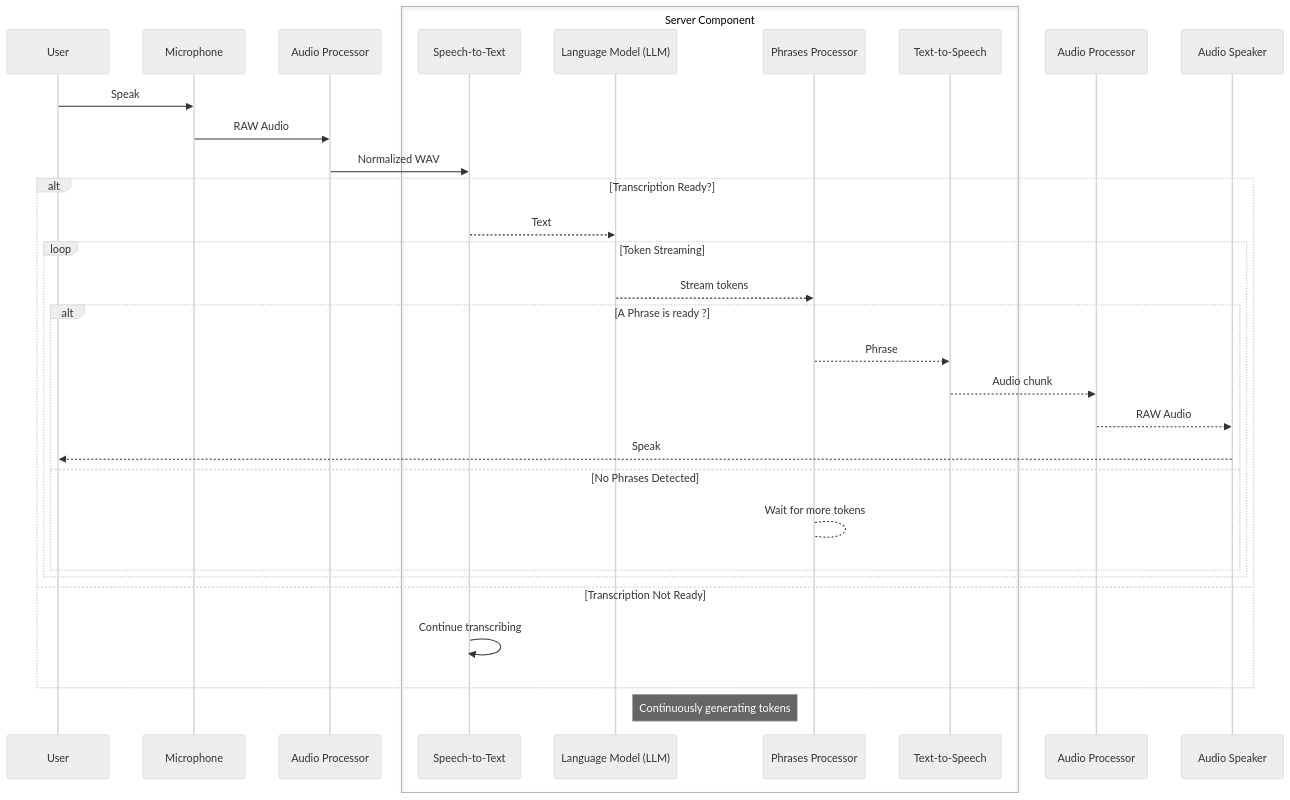
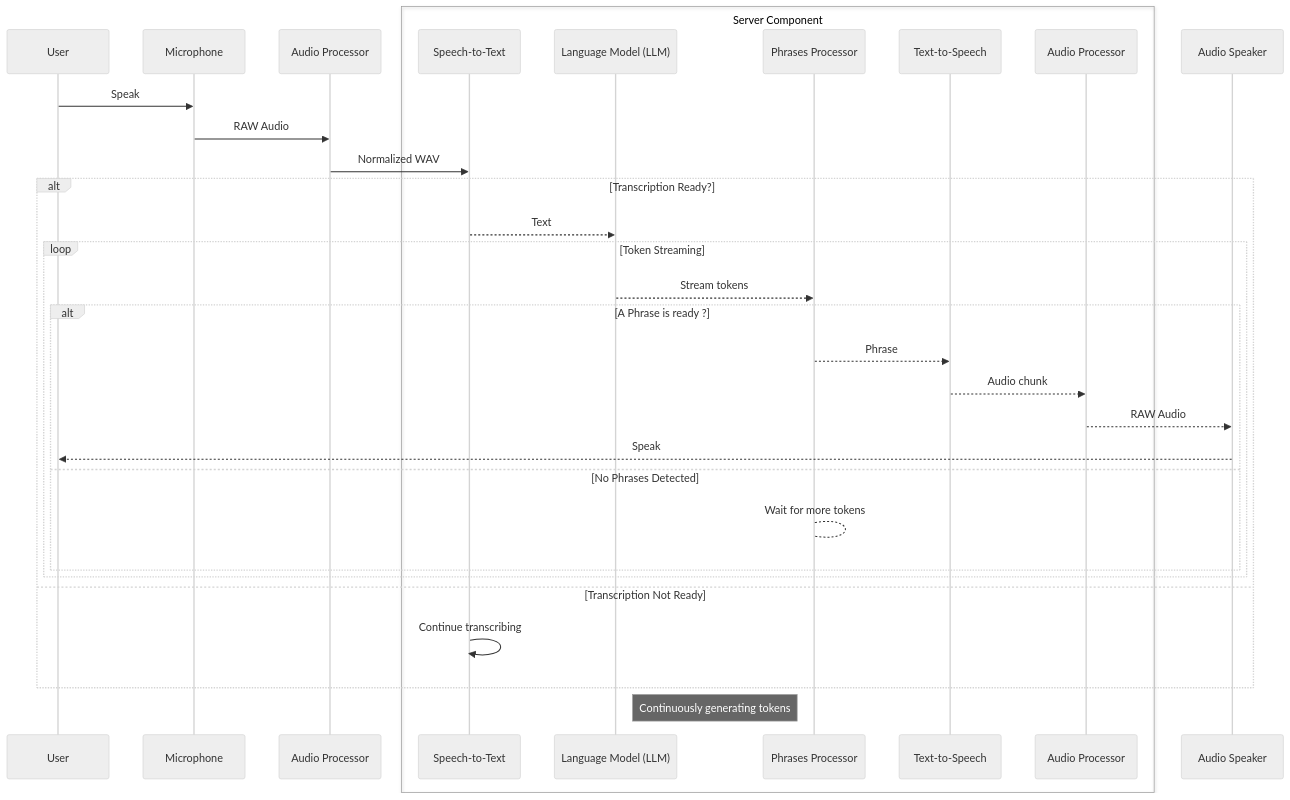
One commit to jmasclef/my-english-coach changed the second of 2 diagrams in README.md. Above: the diagram before and after it, drawn with Mermaid (neutral theme). The commit also changed other lines of this file, not shown here.

Commit message:
README sequence diagram

````diff
--- a/README.md
+++ b/README.md
@@ -51,36 +51,36 @@
 ```mermaid
 sequenceDiagram
     participant User
     participant Mic as Microphone
     participant AIP as Audio Processor
     box Transparent Server Component
        participant STT as Speech-to-Text
        participant LLM as Language Model (LLM)
        participant PP as Phrases Processor
        participant TTS as Text-to-Speech
+       participant AOP as Audio Processor
     end
-    participant AOP as Audio Processor
     participant AO as Audio Speaker
 
     User ->> Mic: Speak
     Mic ->> AIP: RAW Audio
     AIP ->> STT: Normalized WAV
     alt Transcription Ready?
         STT -->> LLM: Text
         loop Token Streaming
             LLM -->> PP: Stream tokens
             alt A Phrase is ready ?
                 PP -->> TTS: Phrase
                 TTS -->> AOP: Audio chunk
                 AOP -->> AO: RAW Audio
                 AO -->> User: Speak
             else No Phrases Detected
                 PP --> PP: Wait for more tokens
             end
         end
     else Transcription Not Ready
         STT ->> STT: Continue transcribing
     end
 
     note right of LLM: Continuously generating tokens
 ```
````
